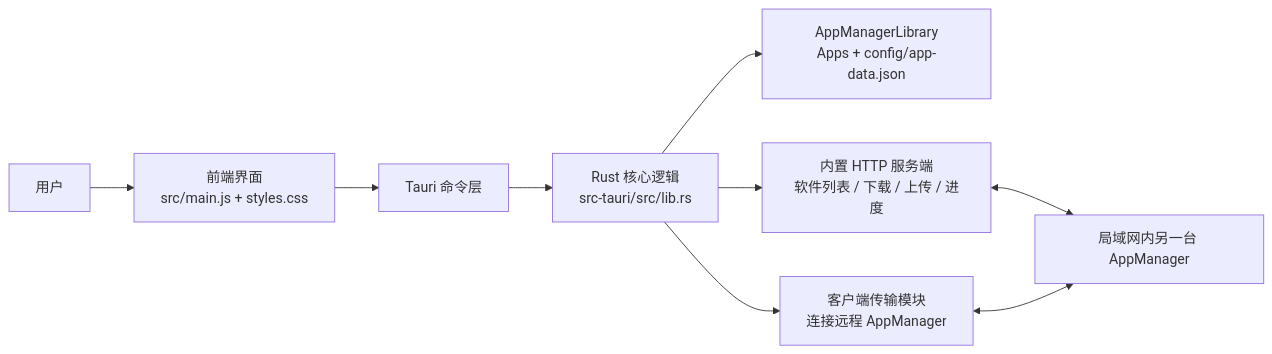
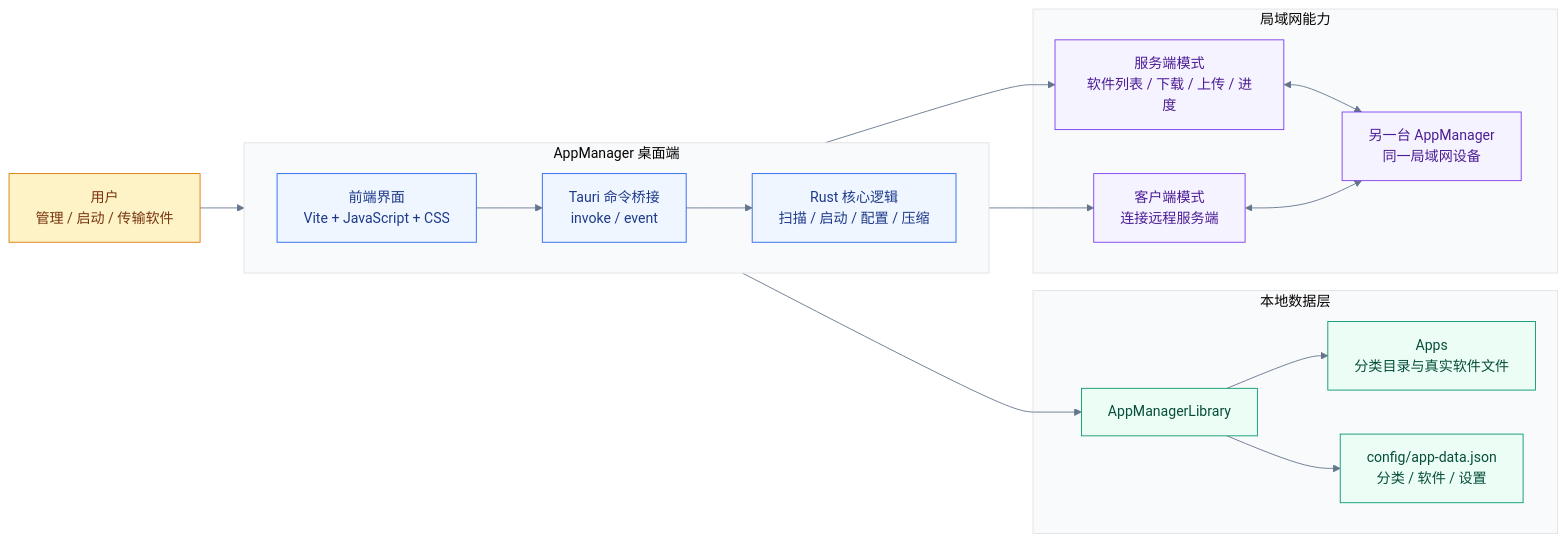
Before and after one commit to zhangjun2636808827/APPManager: the first of 3 diagrams in README.md, drawn with Mermaid. The commit also changed other lines of this file, not shown here.

Commit message:
docs: polish architecture diagrams

````diff
--- a/README.md
+++ b/README.md
@@ -75,20 +75,44 @@
 ```mermaid
+%%{init: {"theme": "base", "themeVariables": {"fontFamily": "Segoe UI, Microsoft YaHei, sans-serif", "primaryColor": "#eff6ff", "primaryBorderColor": "#2563eb", "primaryTextColor": "#1f2937", "lineColor": "#64748b", "tertiaryColor": "#f8fafc"}}}%%
 flowchart LR
-  User["用户"]
-  UI["前端界面<br/>src/main.js + styles.css"]
-  Tauri["Tauri 命令层"]
-  Core["Rust 核心逻辑<br/>src-tauri/src/lib.rs"]
-  Library["AppManagerLibrary<br/>Apps + config/app-data.json"]
-  Server["内置 HTTP 服务端<br/>软件列表 / 下载 / 上传 / 进度"]
-  Client["客户端传输模块<br/>连接远程 AppManager"]
-  Remote["局域网内另一台 AppManager"]
+  User["用户<br/>管理 / 启动 / 传输软件"]
+
+  subgraph Desktop["AppManager 桌面端"]
+    direction LR
+    UI["前端界面<br/>Vite + JavaScript + CSS"]
+    Bridge["Tauri 命令桥接<br/>invoke / event"]
+    Core["Rust 核心逻辑<br/>扫描 / 启动 / 配置 / 压缩"]
+  end
+
+  subgraph Local["本地数据层"]
+    Library["AppManagerLibrary"]
+    Apps["Apps<br/>分类目录与真实软件文件"]
+    Config["config/app-data.json<br/>分类 / 软件 / 设置"]
+  end
+
+  subgraph LAN["局域网能力"]
+    Server["服务端模式<br/>软件列表 / 下载 / 上传 / 进度"]
+    Client["客户端模式<br/>连接远程服务端"]
+    Remote["另一台 AppManager<br/>同一局域网设备"]
+  end
 
   User --> UI
-  UI --> Tauri
-  Tauri --> Core
+  UI --> Bridge
+  Bridge --> Core
   Core --> Library
+  Library --> Apps
+  Library --> Config
   Core --> Server
   Core --> Client
   Server <--> Remote
   Client <--> Remote
+
+  classDef user fill:#fef3c7,stroke:#d97706,color:#78350f;
+  classDef desktop fill:#eff6ff,stroke:#2563eb,color:#1e3a8a;
+  classDef storage fill:#ecfdf5,stroke:#059669,color:#064e3b;
+  classDef network fill:#f5f3ff,stroke:#7c3aed,color:#4c1d95;
+  class User user;
+  class UI,Bridge,Core desktop;
+  class Library,Apps,Config storage;
+  class Server,Client,Remote network;
 ```
````
